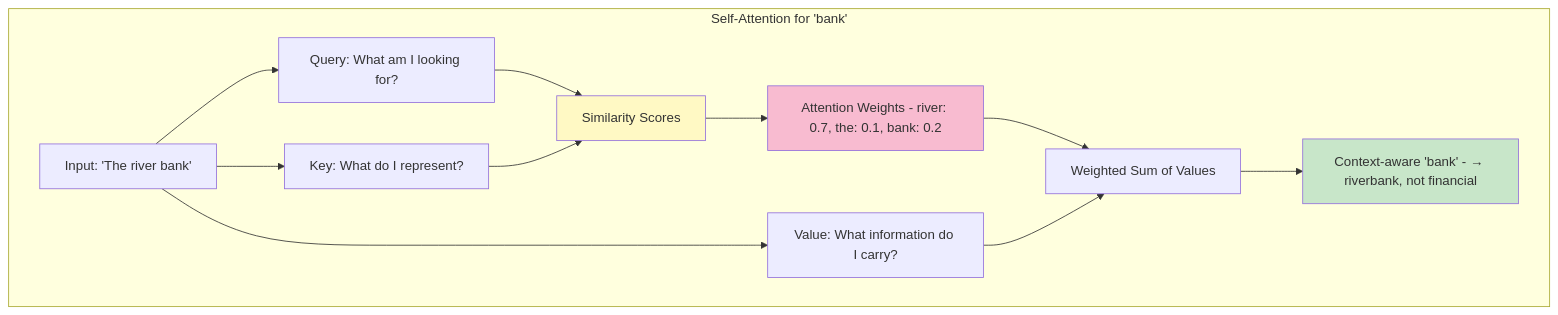
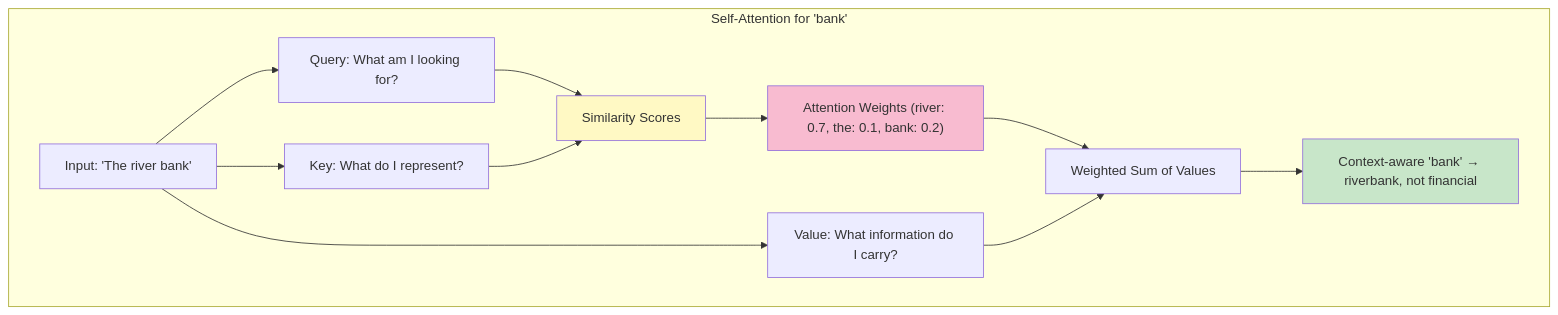
The fourth of 9 diagrams in docs/learning/01-llm-fundamentals.md (indhra/llm_rag_sec_findings), drawn with Mermaid before and after one commit. The commit also changed other lines of this file and 9 other files, not shown here.

````diff
--- a/docs/learning/01-llm-fundamentals.md
+++ b/docs/learning/01-llm-fundamentals.md
@@ -134,19 +134,19 @@
 ```mermaid
 graph TD
     subgraph "Self-Attention for 'bank'"
-        W1[Input: 'The river bank'] --> Q[Query: What am I looking for?]
-        W1 --> K[Key: What do I represent?]
-        W1 --> V[Value: What information do I carry?]
+        W1["Input: 'The river bank'"] --> Q["Query: What am I looking for?"]
+        W1 --> K["Key: What do I represent?"]
+        W1 --> V["Value: What information do I carry?"]
         
-        Q --> S[Similarity Scores]
+        Q --> S["Similarity Scores"]
         K --> S
-        S --> A[Attention Weights - river: 0.7, the: 0.1, bank: 0.2]
-        A --> O[Weighted Sum of Values]
+        S --> A["Attention Weights (river: 0.7, the: 0.1, bank: 0.2)"]
+        A --> O["Weighted Sum of Values"]
         V --> O
-        O --> OUT[Context-aware 'bank' - → riverbank, not financial]
+        O --> OUT["Context-aware 'bank' → riverbank, not financial"]
     end
     
     style S fill:#fff9c4
     style A fill:#f8bbd0
     style OUT fill:#c8e6c9
 ```
````
